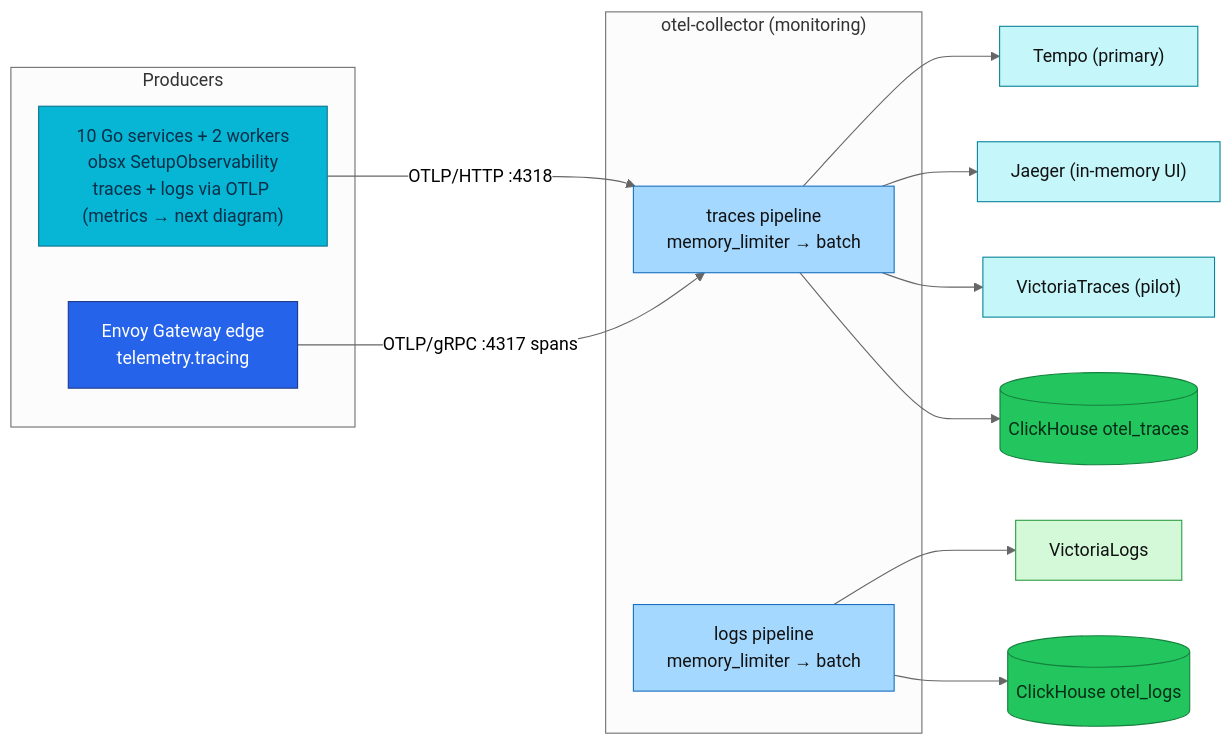
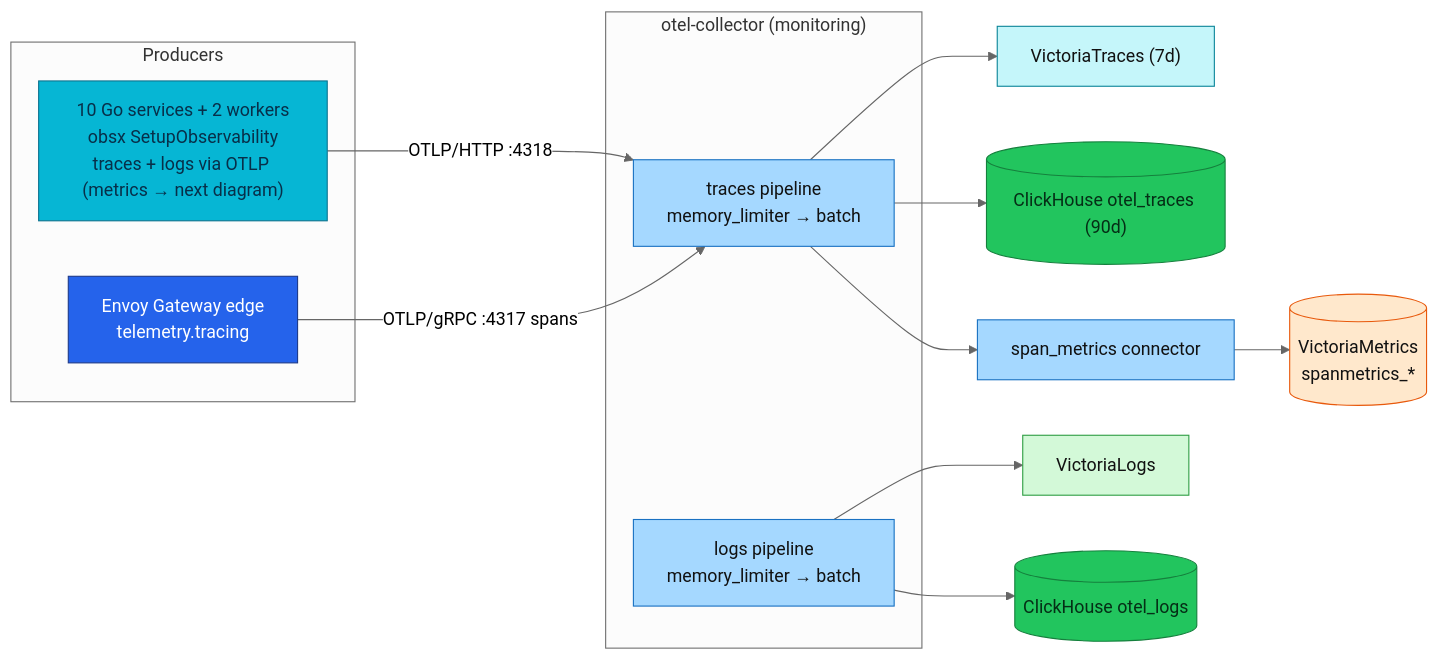
One commit to duynhlab/homelab changed the first of 2 diagrams in docs/observability/opentelemetry/README.md. Above: the diagram before and after it, drawn with Mermaid (neutral theme). The commit also changed other lines of this file and 57 other files, not shown here.

````diff
--- a/docs/observability/opentelemetry/README.md
+++ b/docs/observability/opentelemetry/README.md
@@ -122,32 +122,34 @@
 ```mermaid
 flowchart LR
     subgraph Producers
         SVC["10 Go services + 2 workers<br/>obsx SetupObservability<br/>traces + logs via OTLP (metrics → next diagram)"]
         EDGE["Envoy Gateway edge<br/>telemetry.tracing"]
     end
     subgraph Collector["otel-collector (monitoring)"]
         TP["traces pipeline<br/>memory_limiter → batch"]
         LP["logs pipeline<br/>memory_limiter → batch"]
     end
     SVC -->|"OTLP/HTTP :4318"| TP
     EDGE -->|"OTLP/gRPC :4317 spans"| TP
-    TP --> TEMPO["Tempo (primary)"]
-    TP --> JAEGER["Jaeger (in-memory UI)"]
-    TP --> VT["VictoriaTraces (pilot)"]
-    TP --> CH[("ClickHouse otel_traces")]
+    TP --> VT["VictoriaTraces (7d)"]
+    TP --> CH[("ClickHouse otel_traces (90d)")]
+    TP --> SM["span_metrics connector"]
+    SM --> VMS0[("VictoriaMetrics<br/>spanmetrics_*")]
     LP --> VL["VictoriaLogs"]
     LP --> CH2[("ClickHouse otel_logs")]
 
     classDef app fill:#06b6d4,color:#082f49,stroke:#0e7490;
     classDef edge fill:#2563eb,color:#fff,stroke:#1e3a8a;
     classDef otc fill:#a5d8ff,color:#111,stroke:#1971c2;
     classDef trace fill:#c5f6fa,color:#111,stroke:#0c8599;
     classDef log fill:#d3f9d8,color:#111,stroke:#2f9e44;
     classDef data fill:#22c55e,color:#052e16,stroke:#15803d;
     class SVC app;
     class EDGE edge;
-    class TP,LP otc;
-    class TEMPO,JAEGER,VT trace;
+    classDef metric fill:#ffe8cc,color:#111,stroke:#e8590c;
+    class TP,LP,SM otc;
+    class VT trace;
     class VL log;
     class CH,CH2 data;
+    class VMS0 metric;
 ```
````
